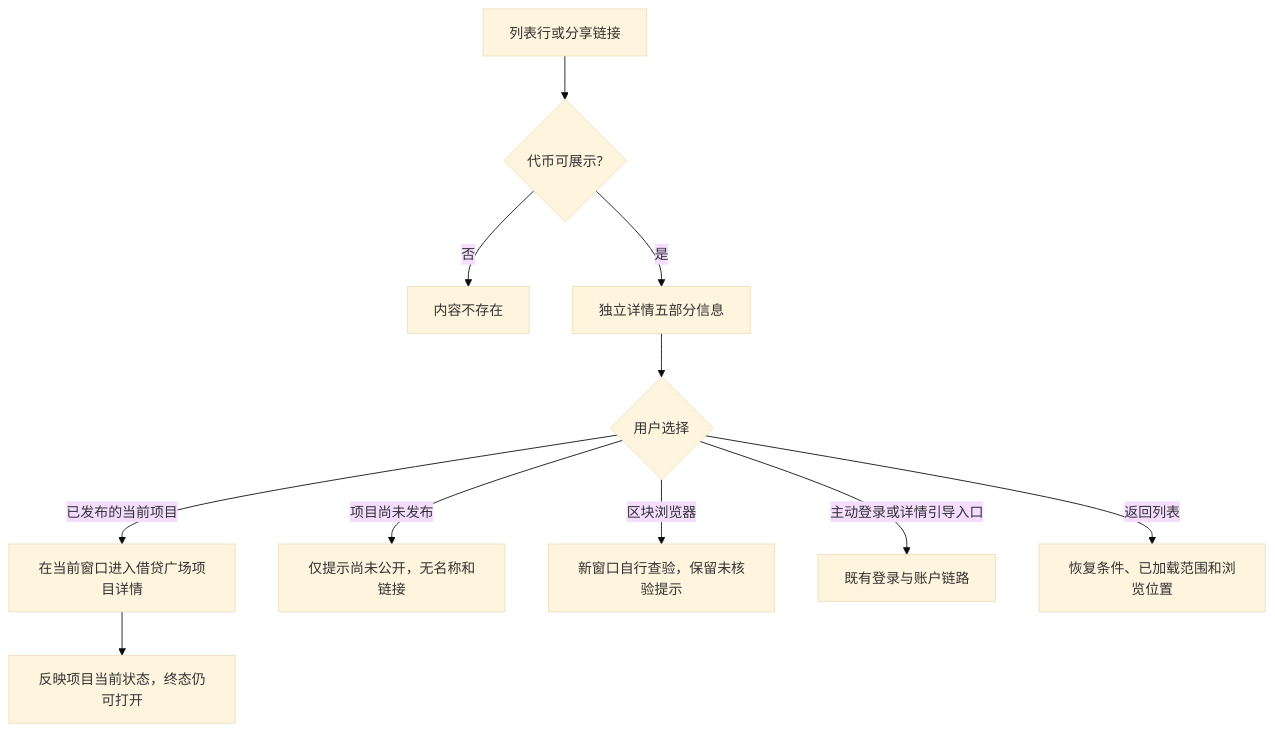
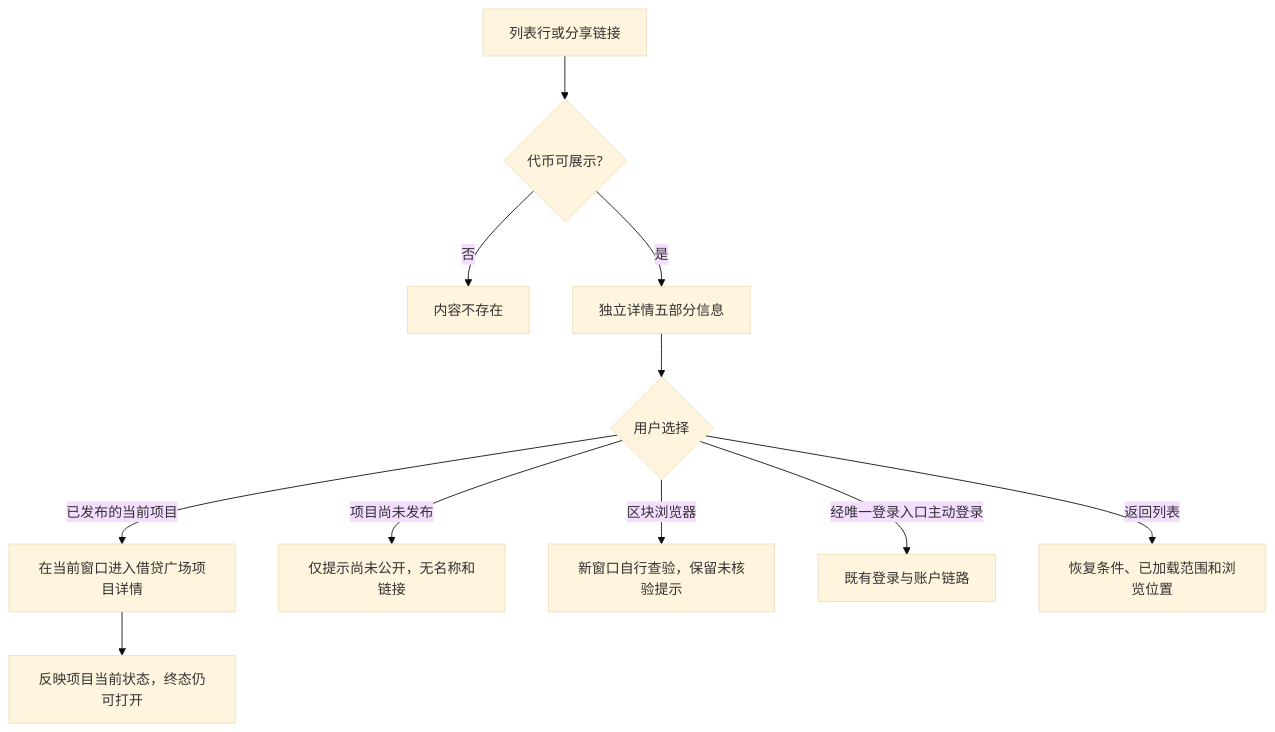
One commit to wxblockchain/Chain-Financing changed the second of 6 diagrams in lending-platform/PRD/面客端/04-资产广场-已上架代币只读域/02-资产广场-流程图与状态机.md. Above: the diagram before and after it, drawn with Mermaid (base theme). The commit also changed 1 other file, not shown here.

Commit message:
docs(WS-373): drop the detail-page sign-in and become-a-funder guide
- per the user's 2026-10-12 decision the marketplace shows no login, sign-up or become-asset-owner / become-funder guide on the list or the detail; sign-in only goes through the single login entry
- rewrite C-F-AM-07, the F-AM-07 closing sentence, AC-AM-15 and AC-AM-32, and the FL-AM-02 branch; ids unchanged

````diff
--- a/lending-platform/PRD/面客端/04-资产广场-已上架代币只读域/02-资产广场-流程图与状态机.md
+++ b/lending-platform/PRD/面客端/04-资产广场-已上架代币只读域/02-资产广场-流程图与状态机.md
@@ -35,13 +35,13 @@
 ```mermaid
 flowchart TD
   A[列表行或分享链接] --> B{代币可展示?}
   B -->|否| C[内容不存在]
   B -->|是| D[独立详情五部分信息]
   D --> E{用户选择}
   E -->|已发布的当前项目| F[在当前窗口进入借贷广场项目详情]
   F --> G[反映项目当前状态，终态仍可打开]
   E -->|项目尚未发布| H[仅提示尚未公开，无名称和链接]
   E -->|区块浏览器| I[新窗口自行查验，保留未核验提示]
-  E -->|主动登录或详情引导入口| J[既有登录与账户链路]
+  E -->|经唯一登录入口主动登录| J[既有登录与账户链路]
   E -->|返回列表| K[恢复条件、已加载范围和浏览位置]
 ```
````
